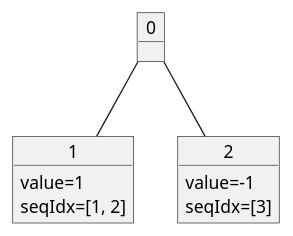
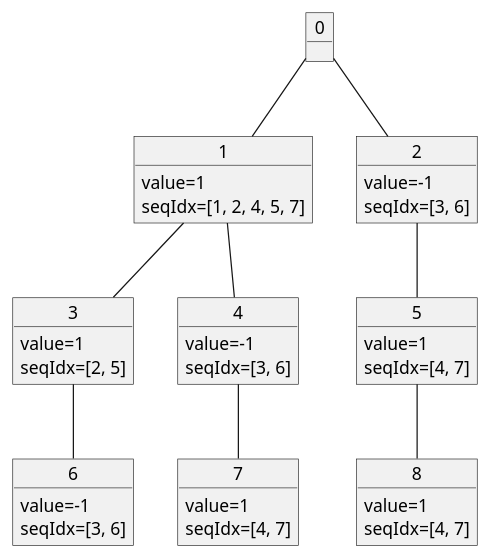
One commit to ttekesuke/MelodyToLOUDS-Trie changed the diagram in tree.puml. Above: the diagram before and after it, drawn with PlantUML. The commit also changed 1 other file, not shown here.

```diff
--- a/tree.puml
+++ b/tree.puml
@@ -2,11 +2,35 @@
 @startuml tree_diagram
 object 0
 object 1
 1 : value=1
-1 : seqIdx=[1, 2]
+1 : seqIdx=[1, 2, 4, 5, 7]
 object 2
 2 : value=-1
-2 : seqIdx=[3]
+2 : seqIdx=[3, 6]
+object 3
+3 : value=1
+3 : seqIdx=[2, 5]
+object 4
+4 : value=-1
+4 : seqIdx=[3, 6]
+object 5
+5 : value=1
+5 : seqIdx=[4, 7]
+object 6
+6 : value=-1
+6 : seqIdx=[3, 6]
+object 7
+7 : value=1
+7 : seqIdx=[4, 7]
+object 8
+8 : value=1
+8 : seqIdx=[4, 7]
 0--1
 0--2
+1--3
+1--4
+2--5
+3--6
+4--7
+5--8
 @enduml
```
